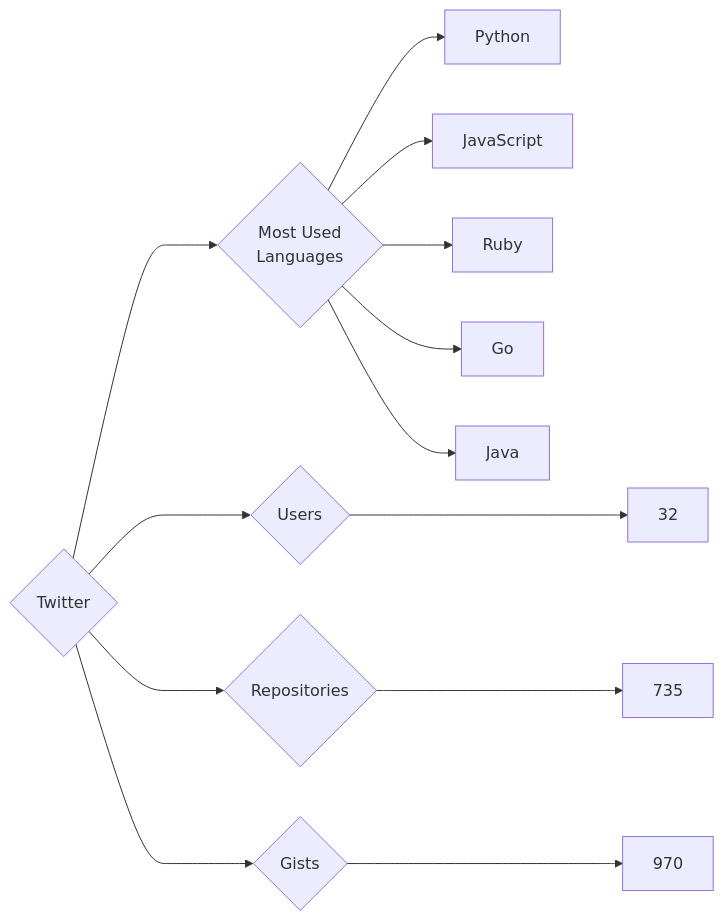
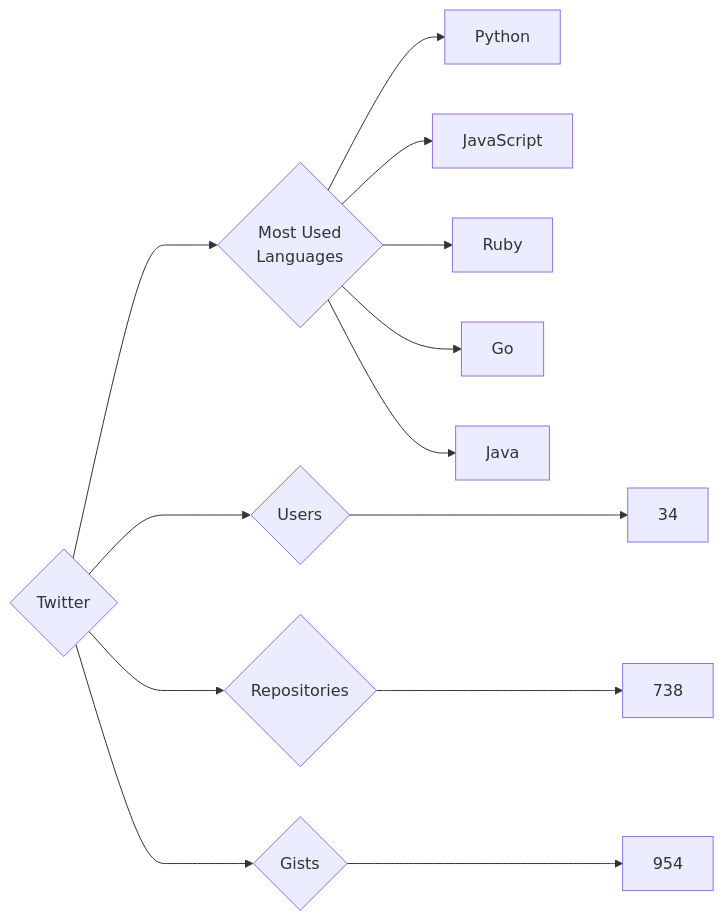
One commit to trickest/insiders changed the diagram in targets/Twitter/README.md. Above: the diagram before and after it, drawn with Mermaid. The commit also changed 833 other files, not shown here.

````diff
--- a/targets/Twitter/README.md
+++ b/targets/Twitter/README.md
@@ -3,13 +3,13 @@
 ```mermaid
 graph LR
 COMPANY_NAME{Twitter}
-COMPANY_NAME ---> U{Users} ---> UN[32]
-COMPANY_NAME ---> R{Repositories} ---> RN[735]
-COMPANY_NAME ---> G{Gists} ---> GN[970]
+COMPANY_NAME ---> U{Users} ---> UN[34]
+COMPANY_NAME ---> R{Repositories} ---> RN[738]
+COMPANY_NAME ---> G{Gists} ---> GN[954]
 COMPANY_NAME ---> ML{Most Used<br>Languages}
 ML --> Python[Python]
 ML --> JavaScript[JavaScript]
 ML --> Ruby[Ruby]
 ML --> Go[Go]
 ML --> Java[Java]
 ```
````
